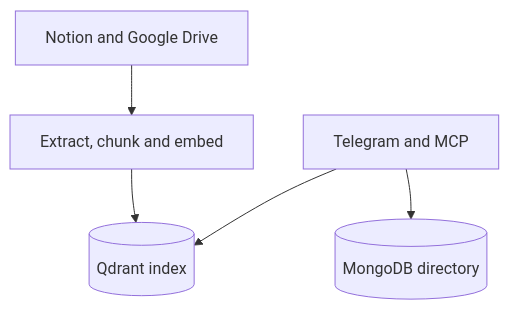
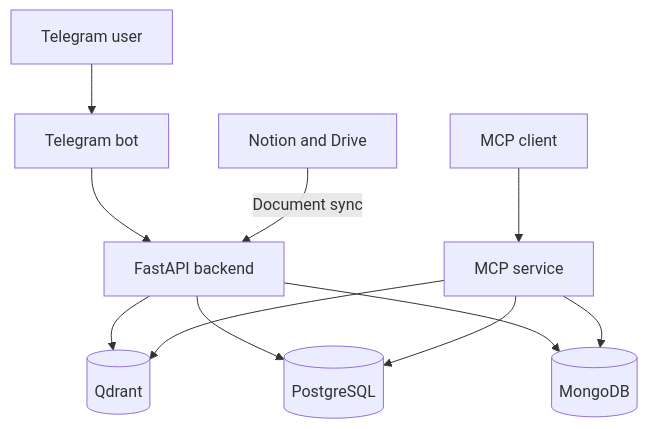
One commit to spiowm/scribe-rag changed the diagram in README.md. Above: the diagram before and after it, drawn with Mermaid. The commit also changed other lines of this file, not shown here.

Commit message:
Clarify Scribe architecture in README

````diff
--- a/README.md
+++ b/README.md
@@ -30,7 +28,14 @@
 ```mermaid
 flowchart TD
-    N[Notion and Google Drive] --> I[Extract, chunk and embed]
-    I --> Q[(Qdrant index)]
-    C[Telegram and MCP] --> Q
-    C --> U[(MongoDB directory)]
+    T[Telegram user] --> B[Telegram bot]
+    B --> A[FastAPI backend]
+    D[Notion and Drive] -->|Document sync| A
+    C[MCP client] --> M[MCP service]
+
+    A --> Q[(Qdrant)]
+    A --> P[(PostgreSQL)]
+    A --> U[(MongoDB)]
+    M --> Q
+    M --> P
+    M --> U
 ```
````
